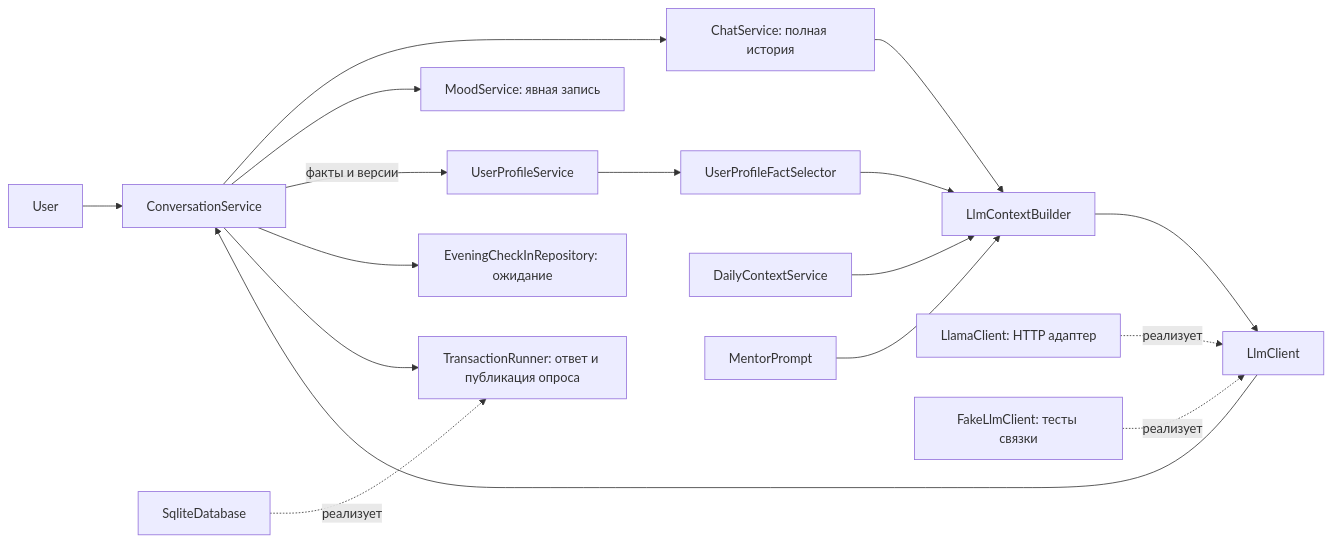
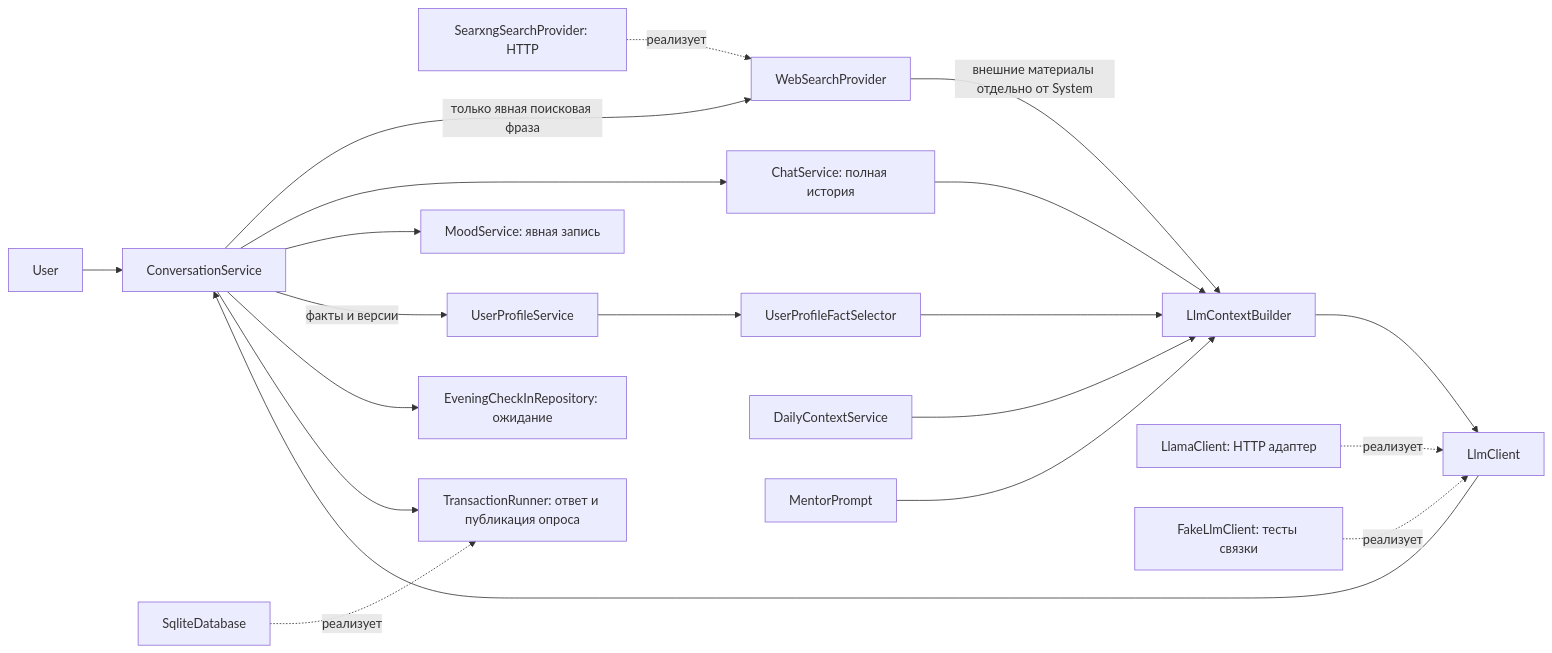
The third of 3 diagrams in docs/architecture.md (TasFoma/MySuperAssistant), drawn with Mermaid before and after one commit. The commit also changed other lines of this file and 28 other files, not shown here.

Commit message:
feat: add explicit web search to conversations

````diff
--- a/docs/architecture.md
+++ b/docs/architecture.md
@@ -371,19 +381,22 @@
 ```mermaid
 flowchart LR
     user[User] --> conversation[ConversationService]
+    conversation -->|только явная поисковая фраза| search[WebSearchProvider]
+    searxng[SearxngSearchProvider: HTTP] -. реализует .-> search
+    search -->|внешние материалы отдельно от System| builder[LlmContextBuilder]
     conversation --> chat[ChatService: полная история]
     profile[UserProfileService] --> selector[UserProfileFactSelector]
     selector --> builder[LlmContextBuilder]
     daily[DailyContextService] --> builder
     prompt[MentorPrompt] --> builder
     chat --> builder
     builder --> llm[LlmClient]
     http[LlamaClient: HTTP адаптер] -. реализует .-> llm
     fake[FakeLlmClient: тесты связки] -. реализует .-> llm
     llm --> conversation
     conversation --> mood[MoodService: явная запись]
     conversation -->|факты и версии| profile
     conversation --> pending[EveningCheckInRepository: ожидание]
     conversation --> transaction[TransactionRunner: ответ и публикация опроса]
     sqlite[SqliteDatabase] -. реализует .-> transaction
 ```
````
